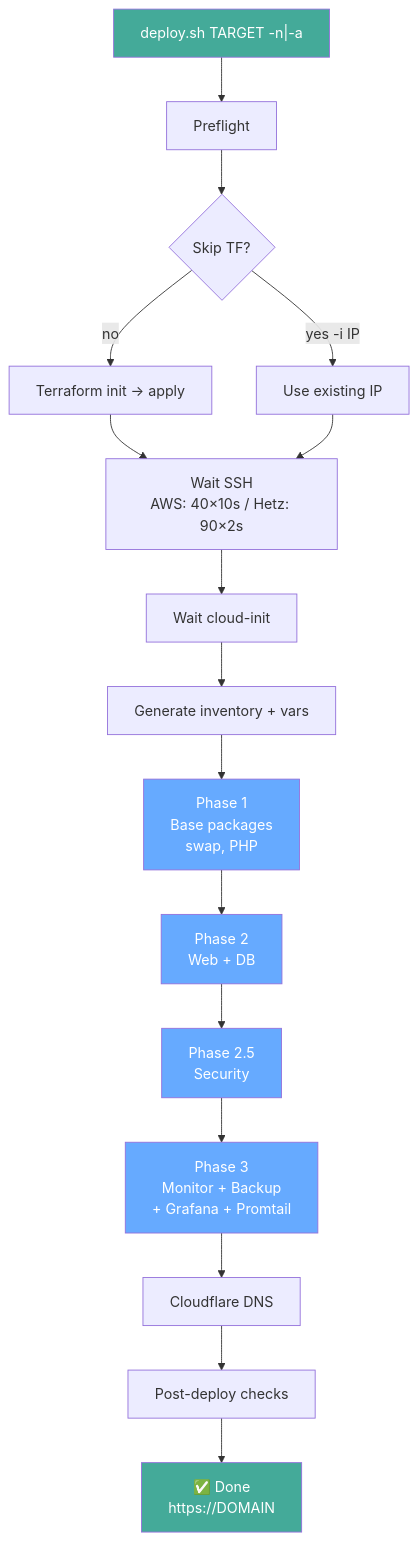
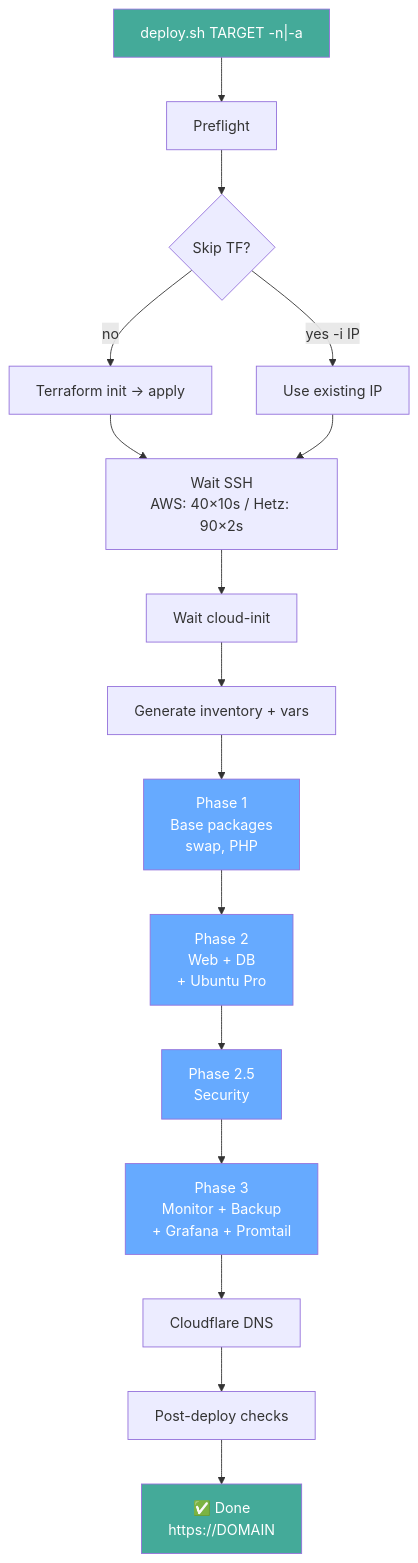
Before and after one commit to W1ckedS1ck/DreamSeed: the first of 2 diagrams in docs/architecture.md, drawn with Mermaid. The commit also changed other lines of this file and 19 other files, not shown here.

````diff
--- a/docs/architecture.md
+++ b/docs/architecture.md
@@ -7,27 +20,27 @@
 ```mermaid
 flowchart TD
     A["deploy.sh TARGET -n|-a"] --> B[Preflight]
     B --> C{Skip TF?}
     C -->|no| D["Terraform init → apply"]
     C -->|yes -i IP| E[Use existing IP]
     D --> F["Wait SSH<br>AWS: 40×10s / Hetz: 90×2s"]
     E --> F
     F --> G[Wait cloud-init]
     G --> H[Generate inventory + vars]
 
     H --> I["Phase 1<br>Base packages<br>swap, PHP"]
-    I --> J["Phase 2<br>Web + DB"]
+    I --> J["Phase 2<br>Web + DB<br>+ Ubuntu Pro"]
     J --> K["Phase 2.5<br>Security"]
     K --> L["Phase 3<br>Monitor + Backup<br>+ Grafana + Promtail"]
 
     L --> M[Cloudflare DNS]
     M --> N[Post-deploy checks]
     N --> O["✅ Done<br>https://DOMAIN"]
 
     style A fill:#4a9,color:#fff
     style I fill:#6af,color:#fff
     style J fill:#6af,color:#fff
     style K fill:#6af,color:#fff
     style L fill:#6af,color:#fff
     style O fill:#4a9,color:#fff
 ```
````
